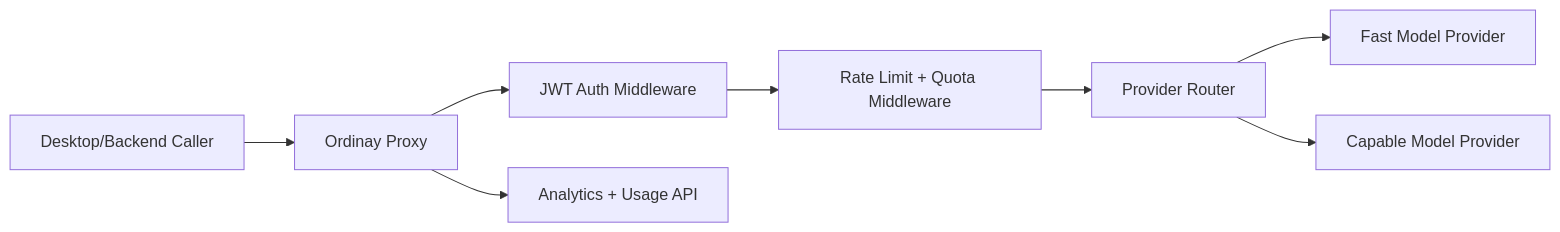
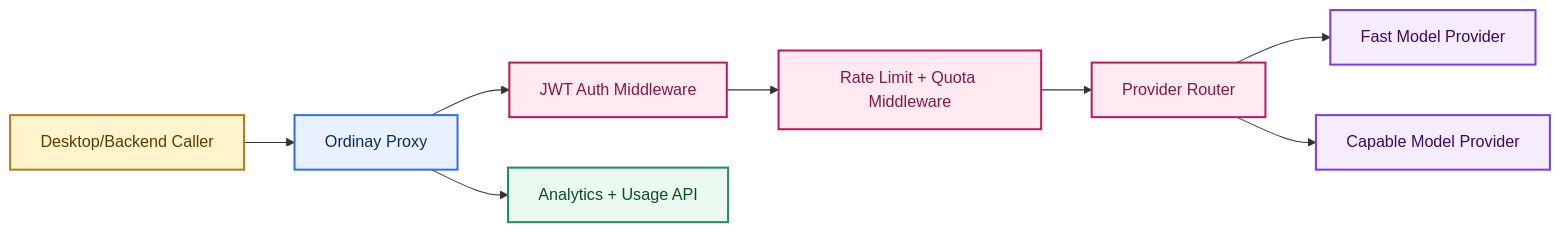
One commit to mootezaloui/ordinay-legacy changed the fifth of 5 diagrams in docs/ARCHITECTURE_DIAGRAMS.md. Above: the diagram before and after it, drawn with Mermaid. The commit also changed other lines of this file and 4 other files, not shown here.

First line of the commit message:
Update architecture docs wording and remove status

````diff
--- a/docs/ARCHITECTURE_DIAGRAMS.md
+++ b/docs/ARCHITECTURE_DIAGRAMS.md
@@ -97,10 +134,22 @@
 ```mermaid
 flowchart LR
     Client["Desktop/Backend Caller"] --> Proxy["Ordinay Proxy"]
     Proxy --> Auth["JWT Auth Middleware"]
     Auth --> Limits["Rate Limit + Quota Middleware"]
     Limits --> Route["Provider Router"]
     Route --> ProviderA["Fast Model Provider"]
     Route --> ProviderB["Capable Model Provider"]
     Proxy --> Usage["Analytics + Usage API"]
+
+    classDef entry fill:#FFF4CC,stroke:#B7791F,color:#5B3A00,stroke-width:2px;
+    classDef proxy fill:#E8F1FF,stroke:#2F6FEB,color:#0A2A59,stroke-width:2px;
+    classDef guard fill:#FFEAF2,stroke:#BE185D,color:#831843,stroke-width:2px;
+    classDef provider fill:#F6ECFF,stroke:#7C3AED,color:#3B0764,stroke-width:2px;
+    classDef analytics fill:#EAFAF1,stroke:#1F8F5F,color:#0A4C2A,stroke-width:2px;
+
+    class Client entry;
+    class Proxy proxy;
+    class Auth,Limits,Route guard;
+    class ProviderA,ProviderB provider;
+    class Usage analytics;
 ```
````
